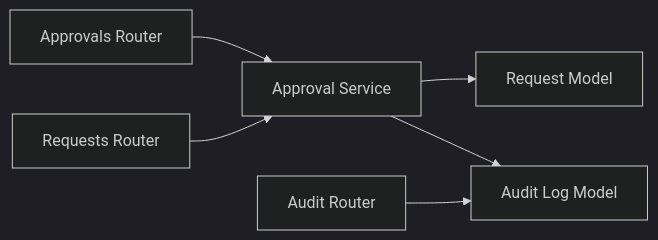
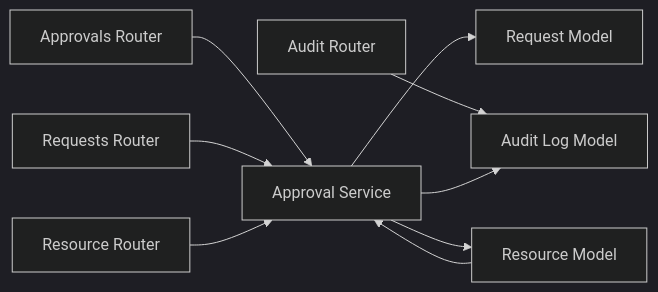
The sixth of 6 diagrams in .qoder/repowiki/en/content/Backend Development/API Routers & Endpoints/Approval System API.md (14Lucifer/hackathon_ecs_creator), drawn with Mermaid (dark theme) before and after one commit. The commit also changed other lines of this file and 92 other files, not shown here.

````diff
--- a/.qoder/repowiki/en/content/Backend Development/API Routers & Endpoints/Approval System API.md
+++ b/.qoder/repowiki/en/content/Backend Development/API Routers & Endpoints/Approval System API.md
@@ -328,8 +551,11 @@
 ```mermaid
 graph LR
 ApprovalsRouter["Approvals Router"] --> ApprovalService["Approval Service"]
 RequestsRouter["Requests Router"] --> ApprovalService
 AuditRouter["Audit Router"] --> AuditModel["Audit Log Model"]
+ResourceRouter["Resource Router"] --> ApprovalService
 ApprovalService --> RequestModel["Request Model"]
 ApprovalService --> AuditModel
+ApprovalService --> ResourceModel["Resource Model"]
+ResourceModel --> ApprovalService
 ```
````
